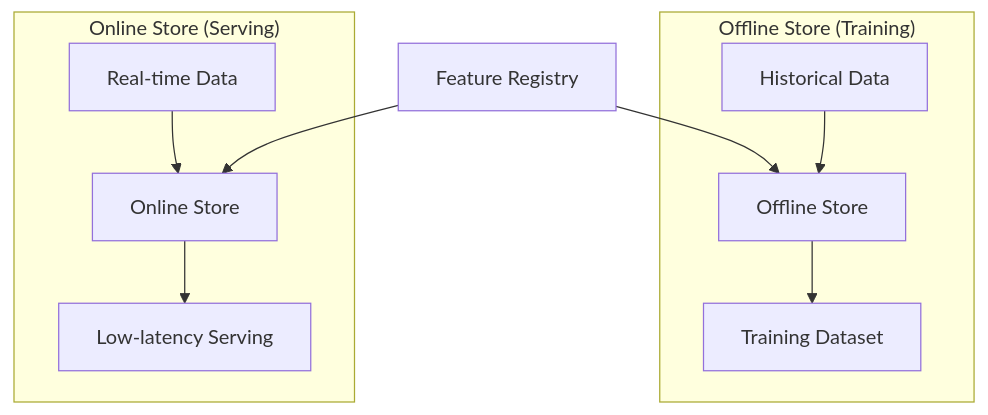
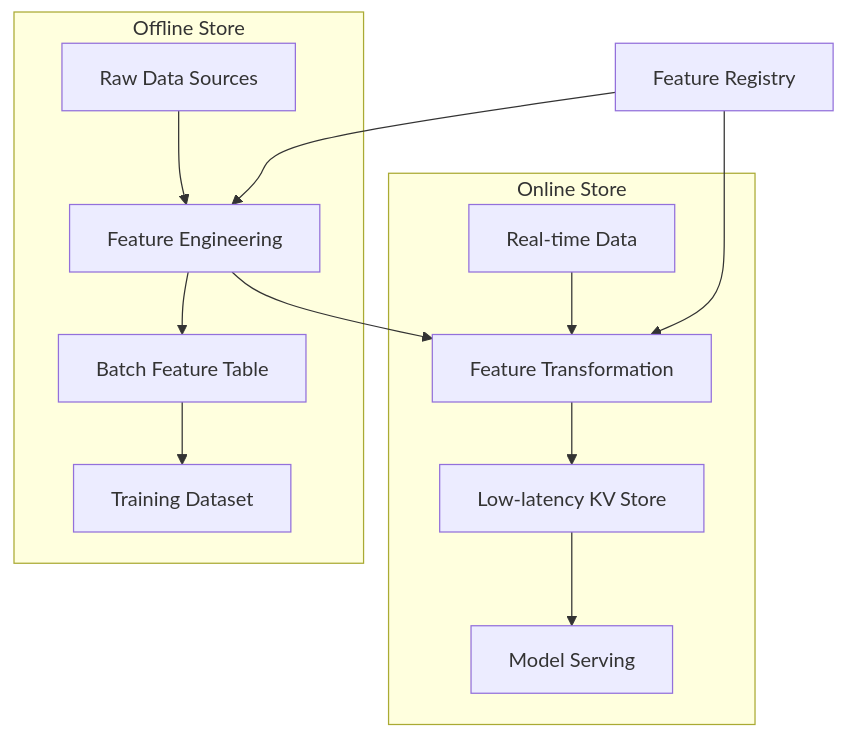
One commit to vanos001/placement_prep changed the second of 2 diagrams in src/ml/mlops/feature-store.md. Above: the diagram before and after it, drawn with Mermaid. The commit also changed other lines of this file and 20 other files, not shown here.

````diff
--- a/src/ml/mlops/feature-store.md
+++ b/src/ml/mlops/feature-store.md
@@ -24,15 +20,16 @@
 ```mermaid
 graph TD
-    subgraph "Offline Store (Training)"
-        HISTORICAL[Historical Data] --> OFFLINE[Offline Store]
-        OFFLINE --> TRAINING[Training Dataset]
+    subgraph Offline Store
+        A[Raw Data Sources] --> B[Feature Engineering]
+        B --> C[Batch Feature Table]
+        C --> D[Training Dataset]
     end
-
-    subgraph "Online Store (Serving)"
-        REALTIME[Real-time Data] --> ONLINE[Online Store]
-        ONLINE --> SERVING[Low-latency Serving]
+    subgraph Online Store
+        E[Real-time Data] --> F[Feature Transformation]
+        F --> G[Low-latency KV Store]
+        G --> H[Model Serving]
     end
-
-    REGISTRY[Feature Registry] --> OFFLINE
-    REGISTRY --> ONLINE
+    B --> F
+    I[Feature Registry] --> B
+    I --> F
 ```
````
